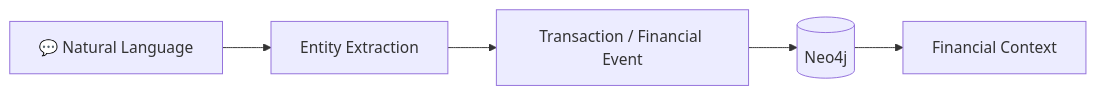
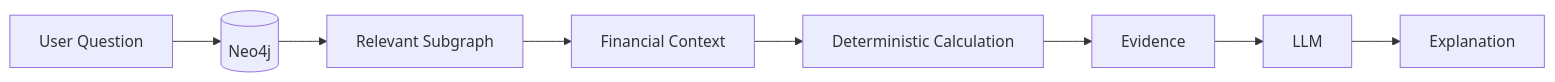
The fourth of 11 diagrams in README.md (ShlokMishra01/Fintech-assistant-model-with-neo4j-and-Python), drawn with Mermaid before and after one commit. The commit also changed other lines of this file, not shown here.

````diff
--- a/README.md
+++ b/README.md
@@ -218,7 +308,19 @@
 ```mermaid
 flowchart LR
-    A["💬 Natural Language"] --> B["Entity Extraction"]
-    B --> C["Transaction / Financial Event"]
-    C --> D[("Neo4j")]
-    D --> E["Financial Context"]
+
+    Q["User Question"]
+        -->
+    G[("Neo4j")]
+
+    G --> S["Relevant Subgraph"]
+
+    S --> C["Financial Context"]
+
+    C --> M["Deterministic Calculation"]
+
+    M --> E["Evidence"]
+
+    E --> L["LLM"]
+
+    L --> R["Explanation"]
 ```
````
